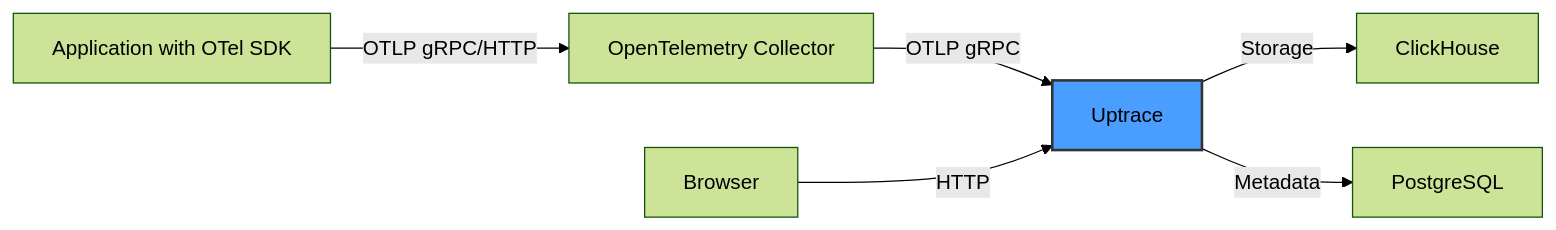
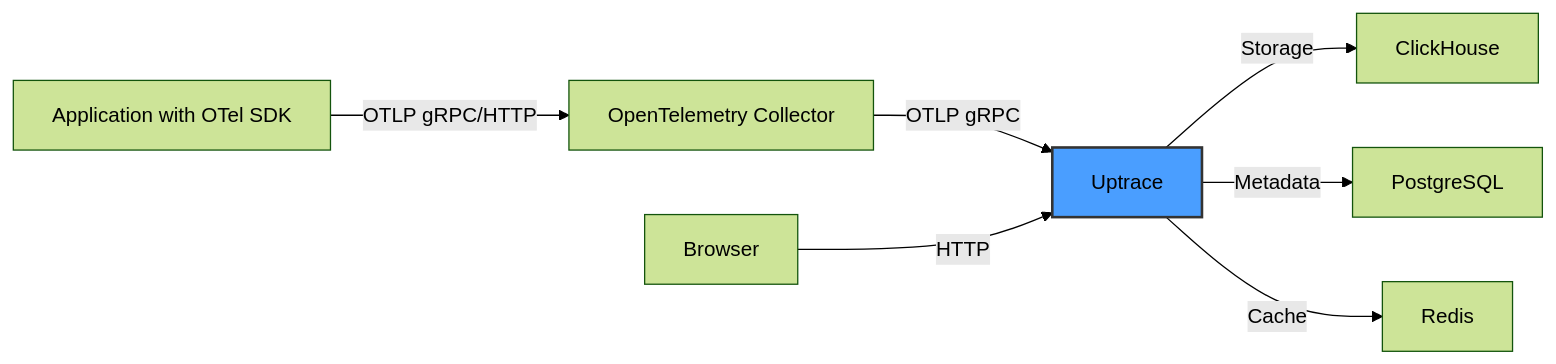
One commit to OneUptime/blog changed the diagram in posts/2026-02-06-setup-uptrace-opentelemetry-backend/README.md. Above: the diagram before and after it, drawn with Mermaid (forest theme). The commit also changed other lines of this file and 2 other files, not shown here.

````diff
--- a/posts/2026-02-06-setup-uptrace-opentelemetry-backend/README.md
+++ b/posts/2026-02-06-setup-uptrace-opentelemetry-backend/README.md
@@ -23,9 +23,10 @@
 ```mermaid
 graph LR
     A[Application with OTel SDK] -->|OTLP gRPC/HTTP| B[OpenTelemetry Collector]
     B -->|OTLP gRPC| C[Uptrace]
     C -->|Storage| D[ClickHouse]
     C -->|Metadata| E[PostgreSQL]
-    F[Browser] -->|HTTP| C
+    C -->|Cache| F[Redis]
+    G[Browser] -->|HTTP| C
     style C fill:#4a9eff,stroke:#333,stroke-width:2px
 ```
````
